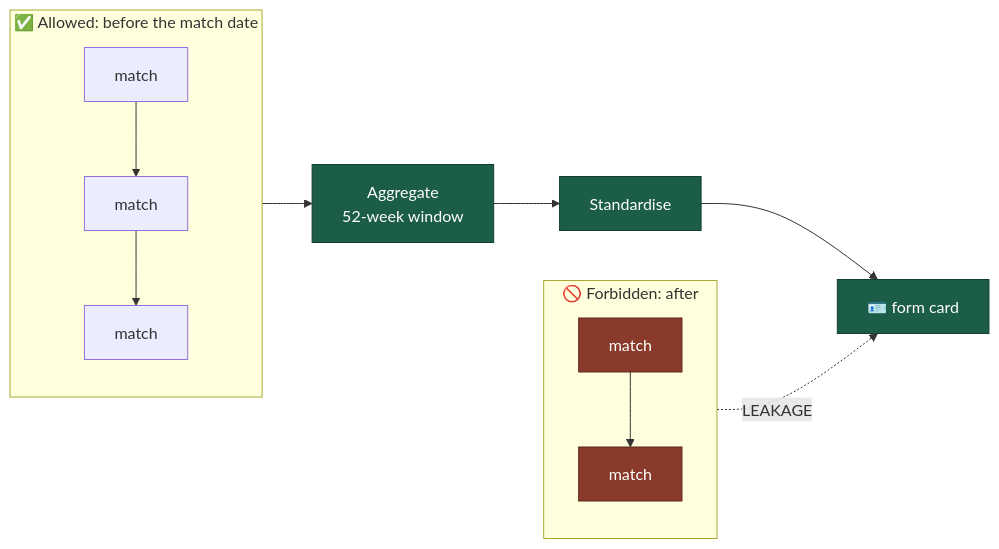
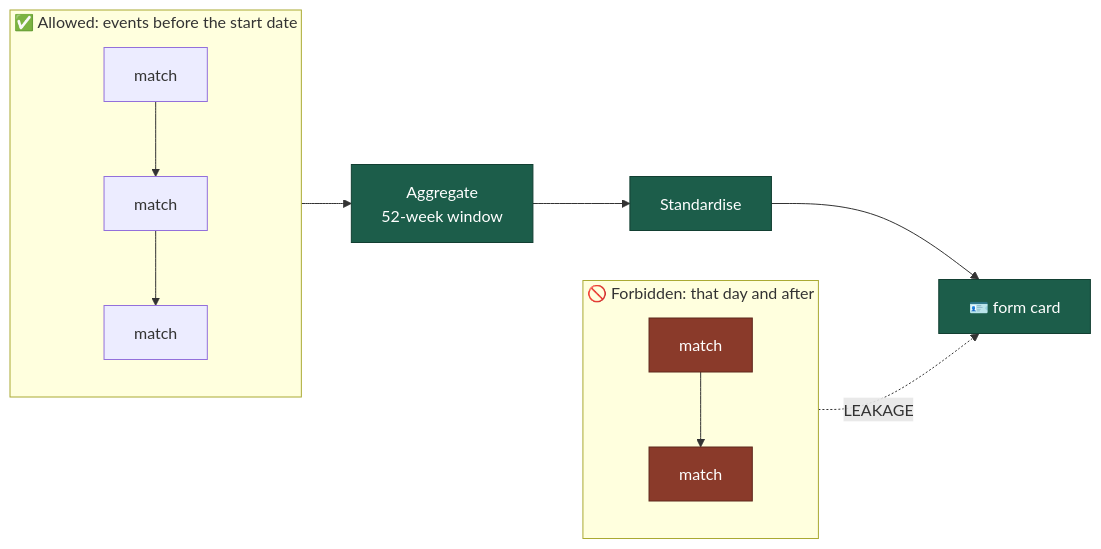
Before and after one commit to MacMac2070/atp-tennis-simulator: the third of 7 diagrams in README.md, drawn with Mermaid. The commit also changed other lines of this file and 44 other files, not shown here.

````diff
--- a/README.md
+++ b/README.md
@@ -130,16 +132,16 @@
 ```mermaid
 flowchart LR
-    subgraph past["✅ Allowed: before the match date"]
+    subgraph past["✅ Allowed: events before the start date"]
         M1["match"] --> M2["match"] --> M3["match"]
     end
-    subgraph future["🚫 Forbidden: after"]
+    subgraph future["🚫 Forbidden: that day and after"]
         F1["match"] --> F2["match"]
     end
     past --> AGG["Aggregate<br/>52-week window"] --> STD["Standardise"] --> CARD["🪪 form card"]
     future -.->|"LEAKAGE"| CARD
 
     classDef ok fill:#1c5d4a,stroke:#123f32,color:#fff
     classDef bad fill:#8a3a2a,stroke:#5e281d,color:#fff
     class AGG,STD,CARD ok
     class F1,F2 bad
 ```
````
